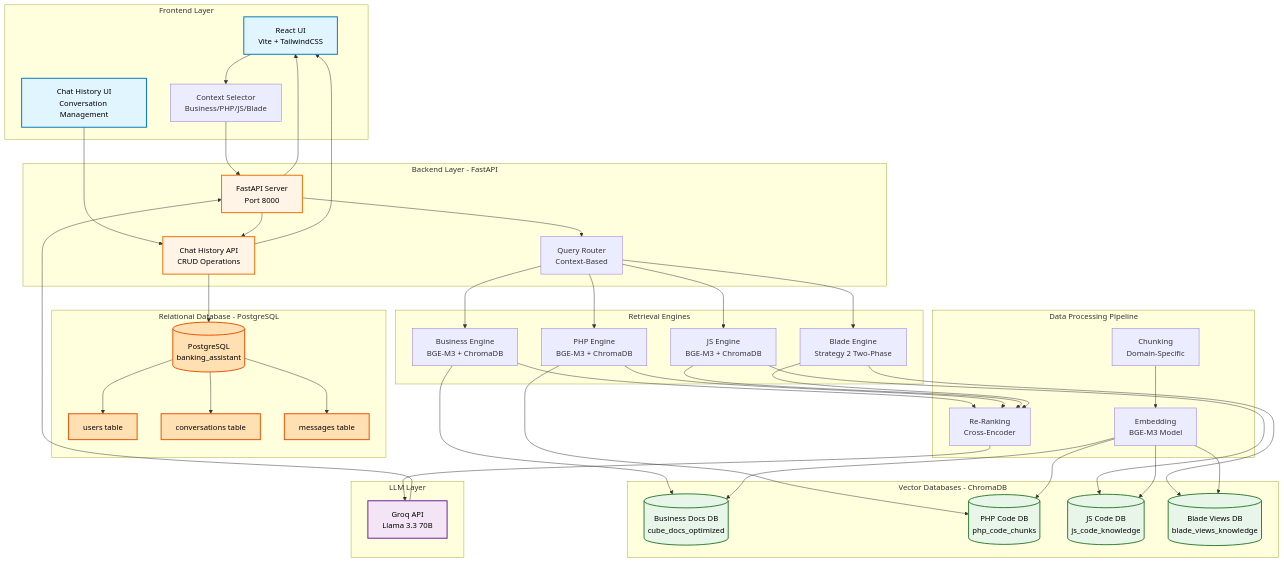
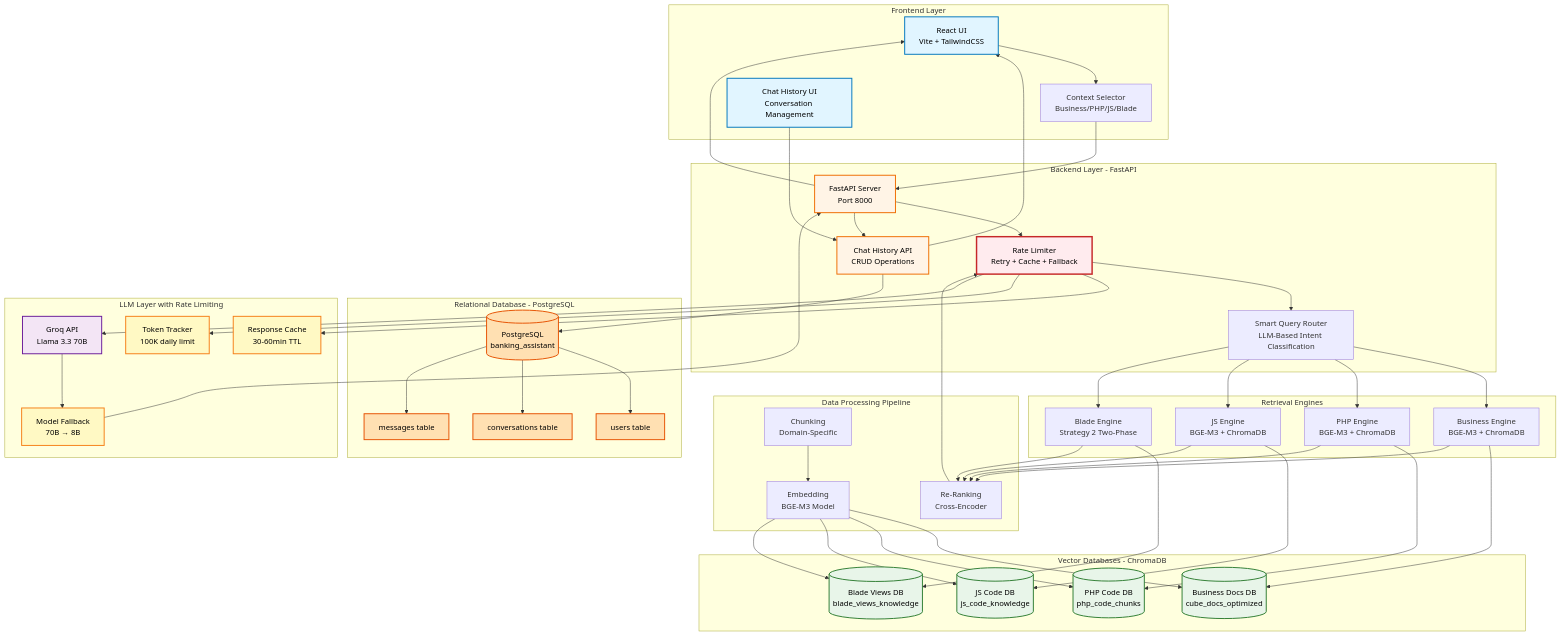
Before and after one commit to yash-ganatra/Banking-knowledgeAssistance: the first of 21 diagrams in README.md, drawn with Mermaid. The commit also changed other lines of this file and 17 other files, not shown here.

Commit message:
Query Router added

```diff
--- a/README.md
+++ b/README.md
@@ -107,8 +142,9 @@
     
     subgraph "Backend Layer - FastAPI"
         API[FastAPI Server<br/>Port 8000]
-        RT[Query Router<br/>Context-Based]
+        RT[Smart Query Router<br/>LLM-Based Intent Classification]
         CHATAPI[Chat History API<br/>CRUD Operations]
+        RLIM[Rate Limiter<br/>Retry + Cache + Fallback]
     end
     
     subgraph "Retrieval Engines"
@@ -132,8 +168,11 @@
         MSGS[messages table]
     end
     
-    subgraph "LLM Layer"
+    subgraph "LLM Layer with Rate Limiting"
         LLM[Groq API<br/>Llama 3.3 70B]
+        CACHE[Response Cache<br/>30-60min TTL]
+        TRACK[Token Tracker<br/>100K daily limit]
+        FALLBACK[Model Fallback<br/>70B → 8B]
     end
     
     subgraph "Data Processing Pipeline"
@@ -145,7 +184,8 @@
     UI --> CTX
     CHAT --> CHATAPI
     CTX --> API
-    API --> RT
+    API --> RLIM
+    RLIM --> RT
     CHATAPI --> PGDB
     
     RT --> BE
@@ -163,8 +203,12 @@
     JE --> RR
     BLE --> RR
     
-    RR --> LLM
-    LLM --> API
+    RR --> RLIM
+    RLIM --> CACHE
+    RLIM --> TRACK
+    RLIM --> LLM
+    LLM --> FALLBACK
+    FALLBACK --> API
     API --> CHATAPI
     CHATAPI --> UI
     API --> UI
@@ -182,8 +226,12 @@
     style UI fill:#e1f5ff,stroke:#0277bd,stroke-width:2px,color:#000
     style CHAT fill:#e1f5ff,stroke:#0277bd,stroke-width:2px,color:#000
     style API fill:#fff4e6,stroke:#ef6c00,stroke-width:2px,color:#000
+    style RLIM fill:#ffebee,stroke:#c62828,stroke-width:3px,color:#000
     style CHATAPI fill:#fff4e6,stroke:#ef6c00,stroke-width:2px,color:#000
     style LLM fill:#f3e5f5,stroke:#6a1b9a,stroke-width:2px,color:#000
+    style CACHE fill:#fff9c4,stroke:#f57f17,stroke-width:2px,color:#000
+    style TRACK fill:#fff9c4,stroke:#f57f17,stroke-width:2px,color:#000
+    style FALLBACK fill:#fff9c4,stroke:#f57f17,stroke-width:2px,color:#000
     style VDB1 fill:#e8f5e9,stroke:#2e7d32,stroke-width:2px,color:#000
     style VDB2 fill:#e8f5e9,stroke:#2e7d32,stroke-width:2px,color:#000
     style VDB3 fill:#e8f5e9,stroke:#2e7d32,stroke-width:2px,color:#000
```
